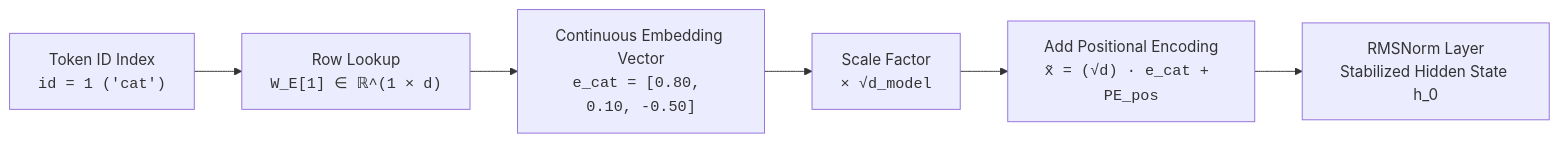
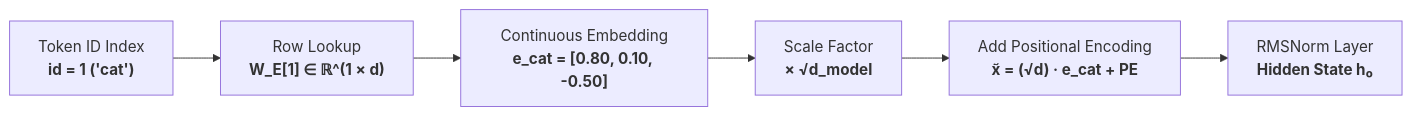
One commit to shotsan/llmnerd changed the diagram in content/foundations/embeddings.md. Above: the diagram before and after it, drawn with Mermaid. The commit also changed 7 other files, not shown here.

Commit message:
style(mermaid): upgrade diagram aesthetics with modern card wrapper, themeVariables, and refined typography

````diff
--- a/content/foundations/embeddings.md
+++ b/content/foundations/embeddings.md
@@ -27,8 +27,8 @@
 ```mermaid
 flowchart LR
-    ID["Token ID Index<br><code>id = 1 ('cat')</code>"] --> Slice["Row Lookup<br><code>W_E[1] ∈ ℝ^(1 × d)</code>"]
-    Slice --> Vec["Continuous Embedding Vector<br><code>e_cat = [0.80, 0.10, -0.50]</code>"]
-    Vec --> Scale["Scale Factor<br><code>× √d_model</code>"]
-    Scale --> Add["Add Positional Encoding<br><code>x̃ = (√d) · e_cat + PE_pos</code>"]
-    Add --> Norm["RMSNorm Layer<br>Stabilized Hidden State h_0"]
+    ID["Token ID Index<br/><b>id = 1 ('cat')</b>"] --> Slice["Row Lookup<br/><b>W_E[1] ∈ ℝ^(1 × d)</b>"]
+    Slice --> Vec["Continuous Embedding<br/><b>e_cat = [0.80, 0.10, -0.50]</b>"]
+    Vec --> Scale["Scale Factor<br/><b>× √d_model</b>"]
+    Scale --> Add["Add Positional Encoding<br/><b>x̃ = (√d) · e_cat + PE</b>"]
+    Add --> Norm["RMSNorm Layer<br/><b>Hidden State h₀</b>"]
 ```
````
